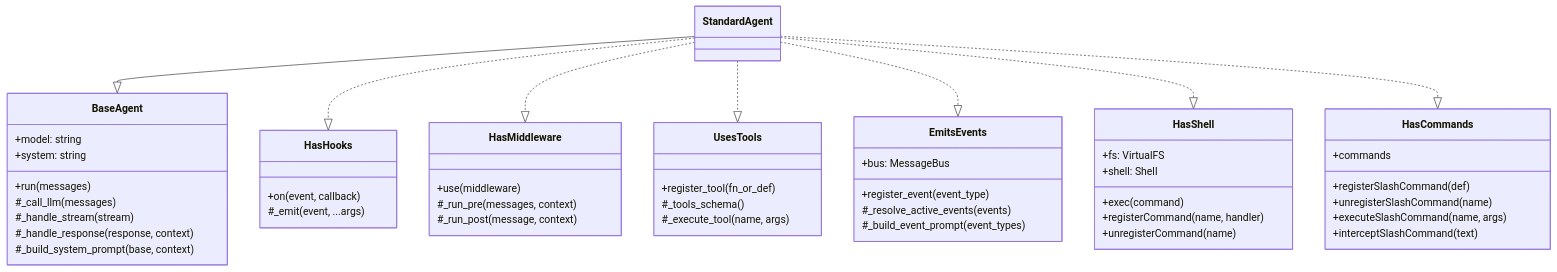
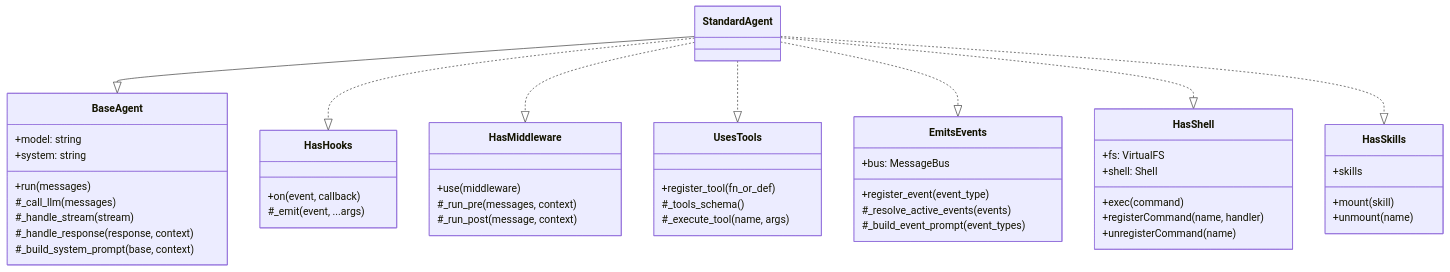
Before and after one commit to looksystems/playground-harness: the first of 4 diagrams in docs/architecture.md, drawn with Mermaid. The commit also changed other lines of this file and 51 other files, not shown here.

First line of the commit message:
Replace HasCommands with HasSkills mixin (22 total hook events)

````diff
--- a/docs/architecture.md
+++ b/docs/architecture.md
@@ -13,54 +13,52 @@
 ```mermaid
 classDiagram
     class BaseAgent {
         +model: string
         +system: string
         +run(messages)
         #_call_llm(messages)
         #_handle_stream(stream)
         #_handle_response(response, context)
         #_build_system_prompt(base, context)
     }
     class HasHooks {
         +on(event, callback)
         #_emit(event, ...args)
     }
     class HasMiddleware {
         +use(middleware)
         #_run_pre(messages, context)
         #_run_post(message, context)
     }
     class UsesTools {
         +register_tool(fn_or_def)
         #_tools_schema()
         #_execute_tool(name, args)
     }
     class EmitsEvents {
         +register_event(event_type)
         +bus: MessageBus
         #_resolve_active_events(events)
         #_build_event_prompt(event_types)
     }
     class HasShell {
         +fs: VirtualFS
         +shell: Shell
         +exec(command)
         +registerCommand(name, handler)
         +unregisterCommand(name)
     }
-    class HasCommands {
-        +registerSlashCommand(def)
-        +unregisterSlashCommand(name)
-        +executeSlashCommand(name, args)
-        +interceptSlashCommand(text)
-        +commands
+    class HasSkills {
+        +mount(skill)
+        +unmount(name)
+        +skills
     }
     class StandardAgent
     StandardAgent --|> BaseAgent
     StandardAgent ..|> HasHooks
     StandardAgent ..|> HasMiddleware
     StandardAgent ..|> UsesTools
     StandardAgent ..|> EmitsEvents
     StandardAgent ..|> HasShell
-    StandardAgent ..|> HasCommands
+    StandardAgent ..|> HasSkills
 ```
````
